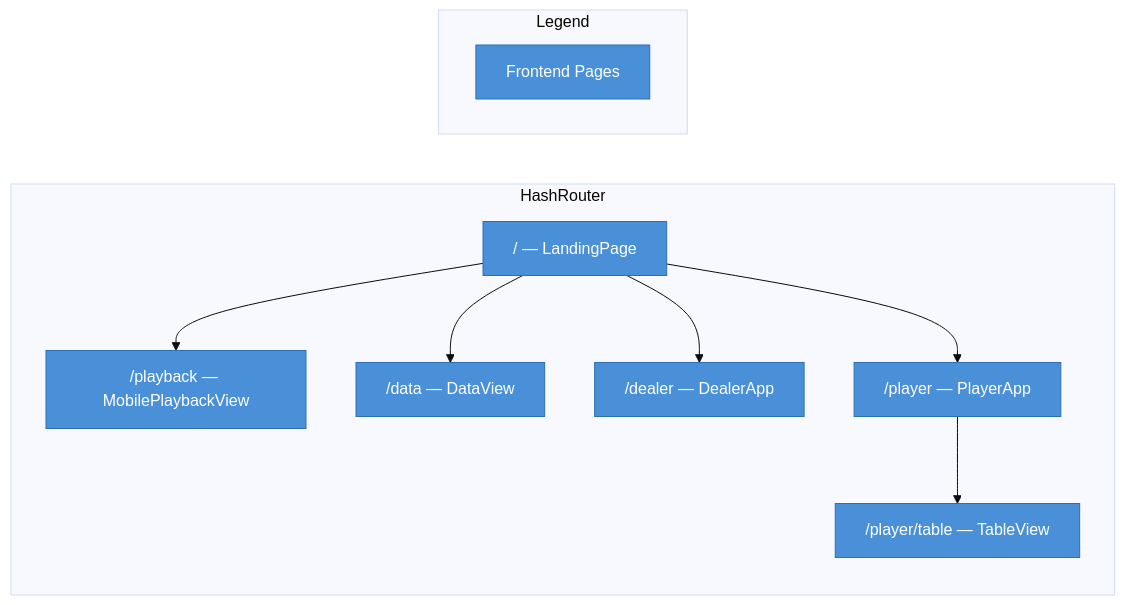
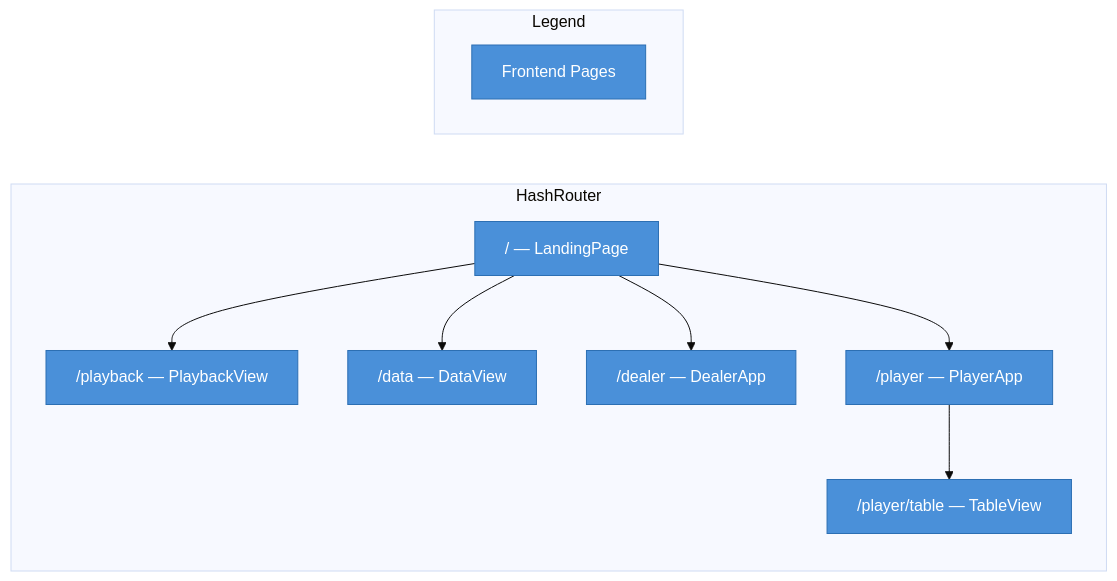
The first of 6 diagrams in docs/frontend/architecture.md (achung123/aia-core), drawn with Mermaid (base theme) before and after one commit. The commit also changed other lines of this file and 224 other files, not shown here.

````diff
--- a/docs/frontend/architecture.md
+++ b/docs/frontend/architecture.md
@@ -168,25 +195,25 @@
 ```mermaid
 flowchart LR
     subgraph "HashRouter"
         direction TB
         root["/ — LandingPage"]:::fe
-        playback["/playback — MobilePlaybackView"]:::fe
+        playback["/playback — PlaybackView"]:::fe
         data["/data — DataView"]:::fe
         dealer["/dealer — DealerApp"]:::fe
         player["/player — PlayerApp"]:::fe
         table["/player/table — TableView"]:::fe
     end
 
     root --> playback
     root --> data
     root --> dealer
     root --> player
     player --> table
 
     classDef fe fill:#4A90D9,stroke:#2C6FB3,color:#FFFFFF
 
     subgraph Legend
         direction LR
         L1[Frontend Pages]:::fe
     end
 ```
````
